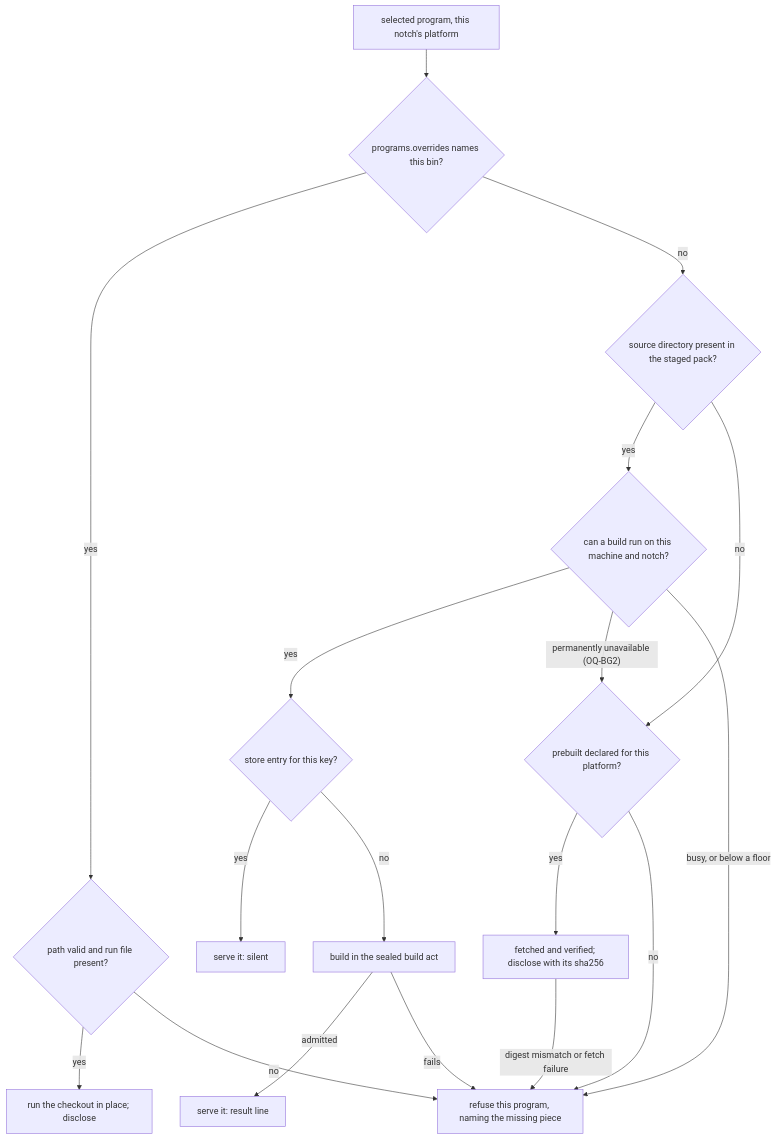
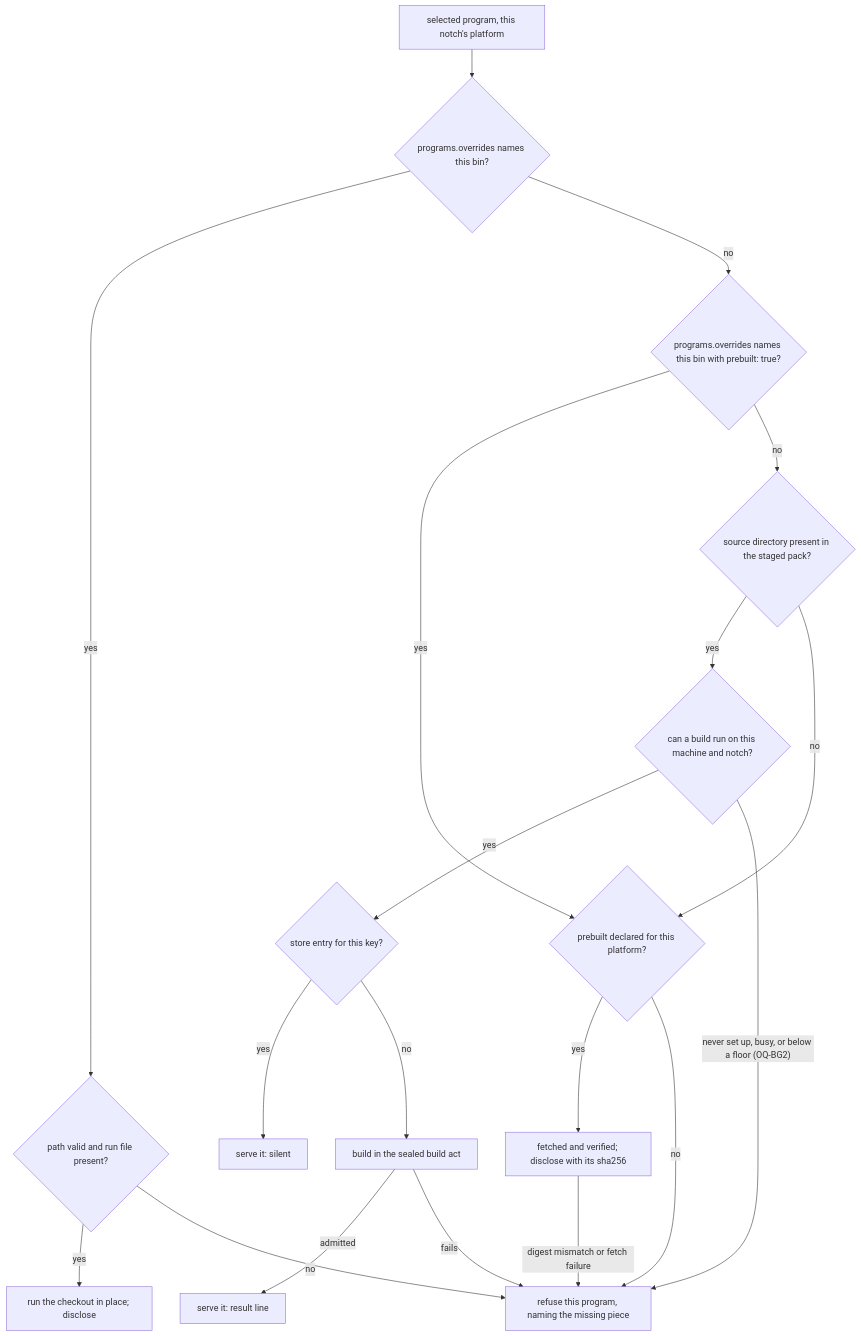
Before and after one commit to kurt-hs/yolo-jail: the diagram in docs/design/pack-buildable-programs.md, drawn with Mermaid. The commit also changed other lines of this file and 25 other files, not shown here.

First line of the commit message:
feat(build): never substitute a pack's prebuilt for its source; add an explicit opt-in

````diff
--- a/docs/design/pack-buildable-programs.md
+++ b/docs/design/pack-buildable-programs.md
@@ -213,20 +218,21 @@
 ```mermaid
 flowchart TD
   start["selected program, this notch's platform"] --> ov{"programs.overrides names this bin?"}
   ov -- "yes" --> ovok{"path valid and run file present?"}
   ovok -- "yes" --> ovrun["run the checkout in place; disclose"]
   ovok -- "no" --> refuse["refuse this program, naming the missing piece"]
-  ov -- "no" --> src{"source directory present in the staged pack?"}
+  ov -- "no" --> opt{"programs.overrides names this bin with prebuilt: true?"}
+  opt -- "yes" --> pre
+  opt -- "no" --> src{"source directory present in the staged pack?"}
   src -- "yes" --> canb{"can a build run on this machine and notch?"}
   canb -- "yes" --> key{"store entry for this key?"}
   key -- "yes" --> serve["serve it: silent"]
   key -- "no" --> build["build in the sealed build act"]
   build -- "admitted" --> serve2["serve it: result line"]
   build -- "fails" --> refuse
-  canb -- "permanently unavailable (OQ-BG2)" --> pre
-  canb -- "busy, or below a floor" --> refuse
+  canb -- "never set up, busy, or below a floor (OQ-BG2)" --> refuse
   src -- "no" --> pre{"prebuilt declared for this platform?"}
   pre -- "yes" --> fetch["fetched and verified; disclose with its sha256"]
   pre -- "no" --> refuse
   fetch -- "digest mismatch or fetch failure" --> refuse
 ```
````
